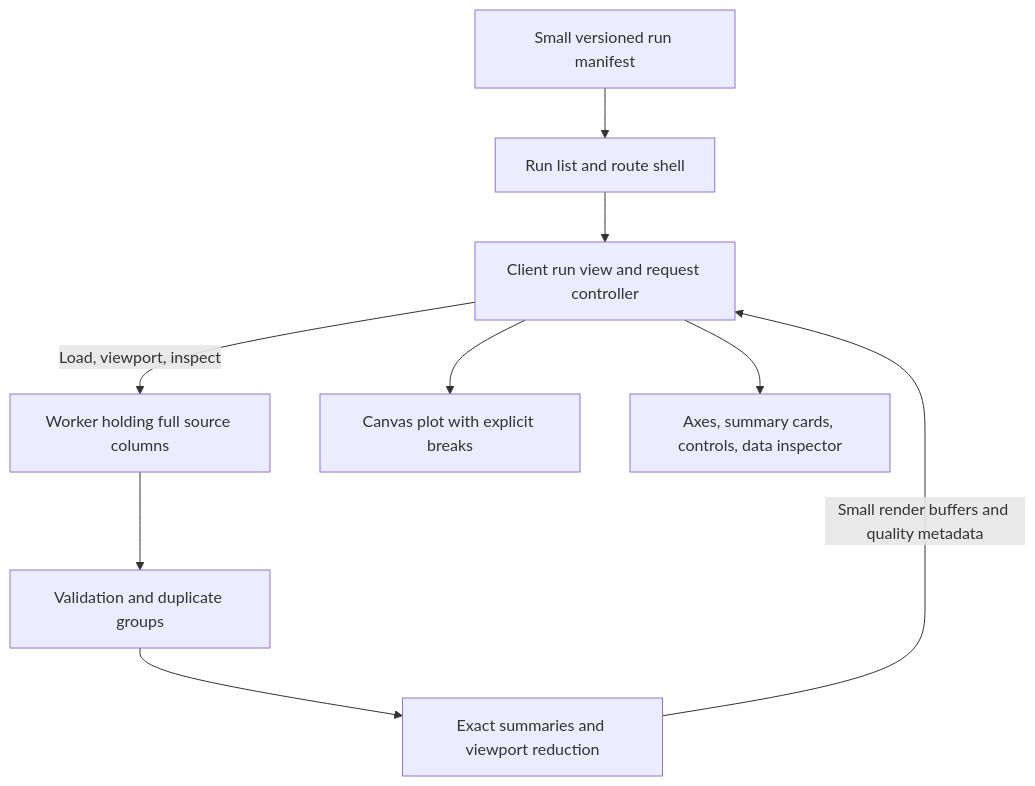
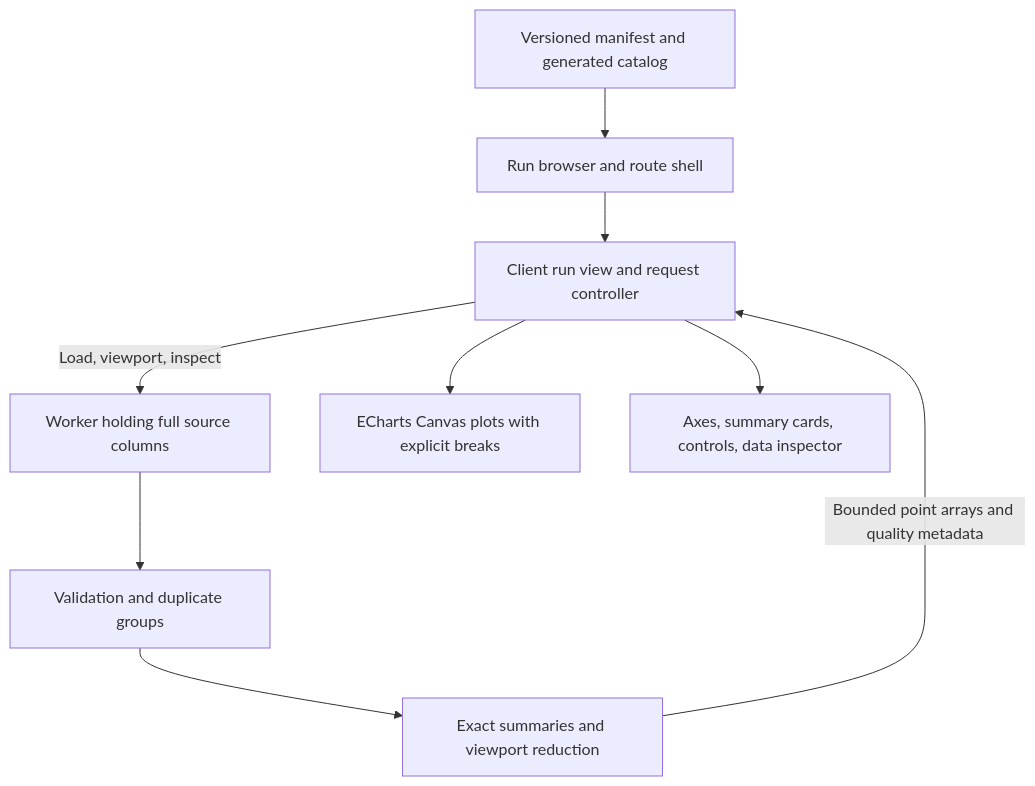
Before and after one commit to vlat247/soup-tz: the diagram in docs/TRD.md, drawn with Mermaid. The commit also changed other lines of this file and 25 other files, not shown here.

````diff
--- a/docs/TRD.md
+++ b/docs/TRD.md
@@ -39,11 +39,11 @@
 ```mermaid
 flowchart TD
-    Manifest[Small versioned run manifest] --> List[Run list and route shell]
+    Manifest[Versioned manifest and generated catalog] --> List[Run browser and route shell]
     List --> View[Client run view and request controller]
     View -->|Load, viewport, inspect| Worker[Worker holding full source columns]
     Worker --> Normalize[Validation and duplicate groups]
     Normalize --> Reduce[Exact summaries and viewport reduction]
-    Reduce -->|Small render buffers and quality metadata| View
-    View --> Canvas[Canvas plot with explicit breaks]
+    Reduce -->|Bounded point arrays and quality metadata| View
+    View --> Canvas[ECharts Canvas plots with explicit breaks]
     View --> Accessible[Axes, summary cards, controls, data inspector]
 ```
````
